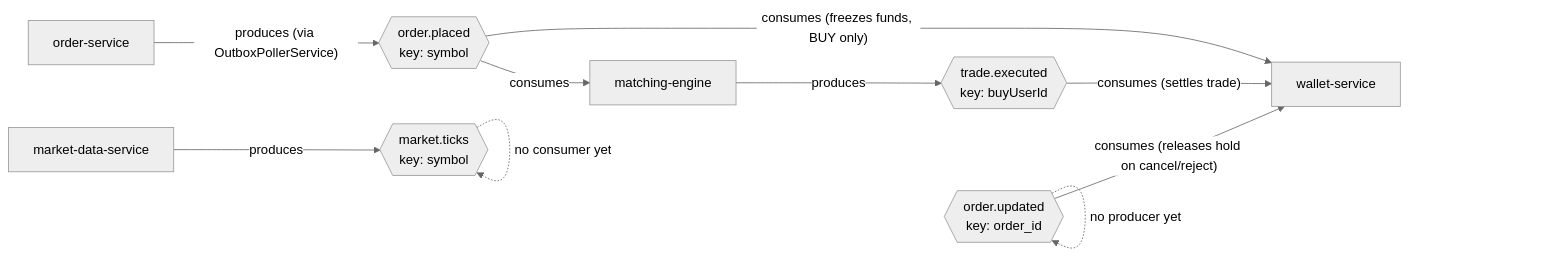
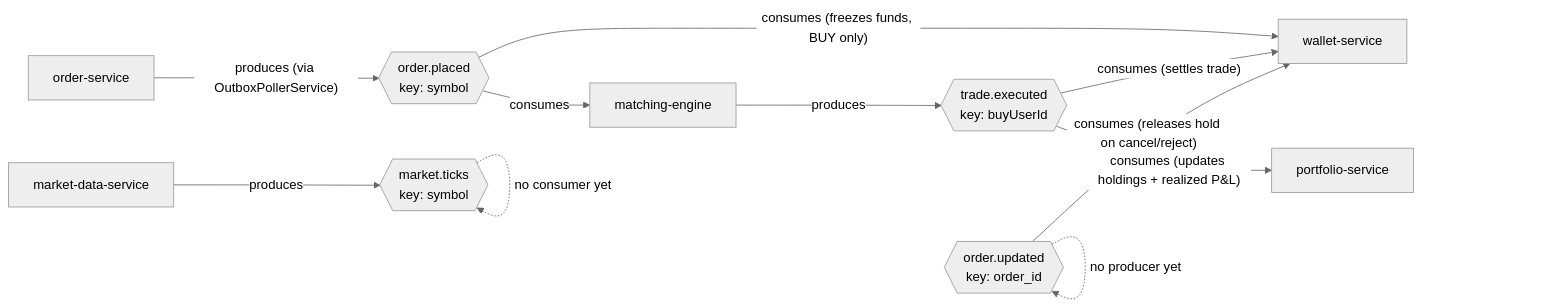
The diagram in diagrams/current-state/kafka-topics.md (yashchavda57/yc01-trading-platform), drawn with Mermaid (neutral theme) before and after one commit. The commit also changed other lines of this file and 26 other files, not shown here.

````diff
--- a/diagrams/current-state/kafka-topics.md
+++ b/diagrams/current-state/kafka-topics.md
@@ -6,25 +6,27 @@
 ```mermaid
 flowchart LR
     MarketData["market-data-service"]
     Order["order-service"]
     Matching["matching-engine"]
     Wallet["wallet-service"]
+    Portfolio["portfolio-service"]
 
     MarketTicks{{"market.ticks<br/>key: symbol"}}
     OrderPlaced{{"order.placed<br/>key: symbol"}}
     TradeExecuted{{"trade.executed<br/>key: buyUserId"}}
     OrderUpdated{{"order.updated<br/>key: order_id"}}
 
     MarketData -- produces --> MarketTicks
     MarketTicks -.no consumer yet.-> MarketTicks
 
     Order -- "produces (via OutboxPollerService)" --> OrderPlaced
     OrderPlaced -- consumes --> Matching
     OrderPlaced -- "consumes (freezes funds, BUY only)" --> Wallet
 
     Matching -- produces --> TradeExecuted
     TradeExecuted -- "consumes (settles trade)" --> Wallet
+    TradeExecuted -- "consumes (updates holdings + realized P&L)" --> Portfolio
 
     OrderUpdated -.no producer yet.-> OrderUpdated
     OrderUpdated -- "consumes (releases hold on cancel/reject)" --> Wallet
 ```
````
